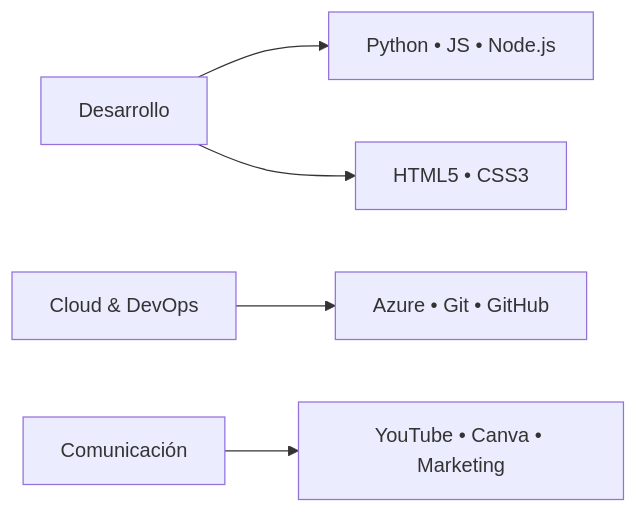
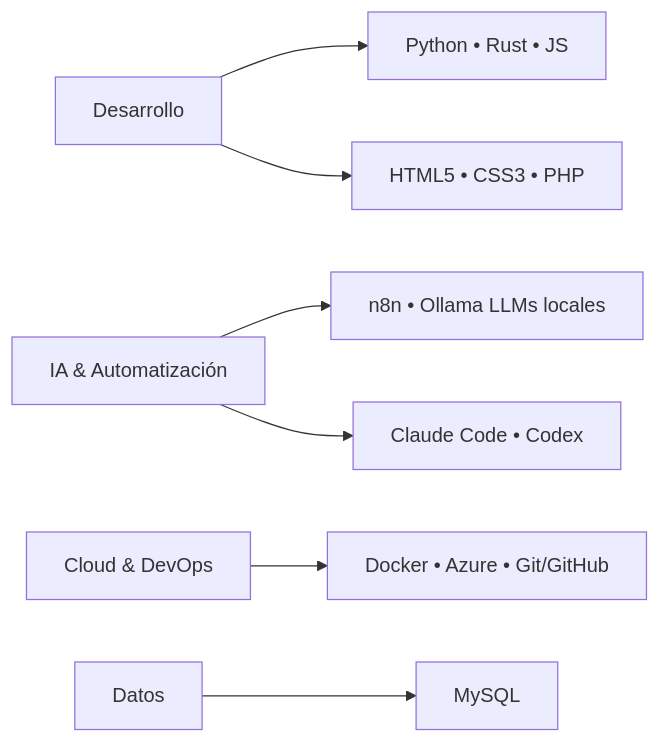
The diagram in README.md (Soysamdval/Soysamdval), drawn with Mermaid before and after one commit. The commit also changed other lines of this file, not shown here.

````diff
--- a/README.md
+++ b/README.md
@@ -34,7 +34,9 @@
 ```mermaid
 graph LR
-    A[Desarrollo] --> B[Python • JS • Node.js]
-    A --> C[HTML5 • CSS3]
-    D[Cloud & DevOps] --> E[Azure • Git • GitHub]
-    F[Comunicación] --> G[YouTube • Canva • Marketing]
+    A[Desarrollo] --> B[Python • Rust • JS]
+    A --> C[HTML5 • CSS3 • PHP]
+    D[IA & Automatización] --> E[n8n • Ollama LLMs locales]
+    D --> F[Claude Code • Codex]
+    G[Cloud & DevOps] --> H[Docker • Azure • Git/GitHub]
+    I[Datos] --> J[MySQL]
 ```
````
